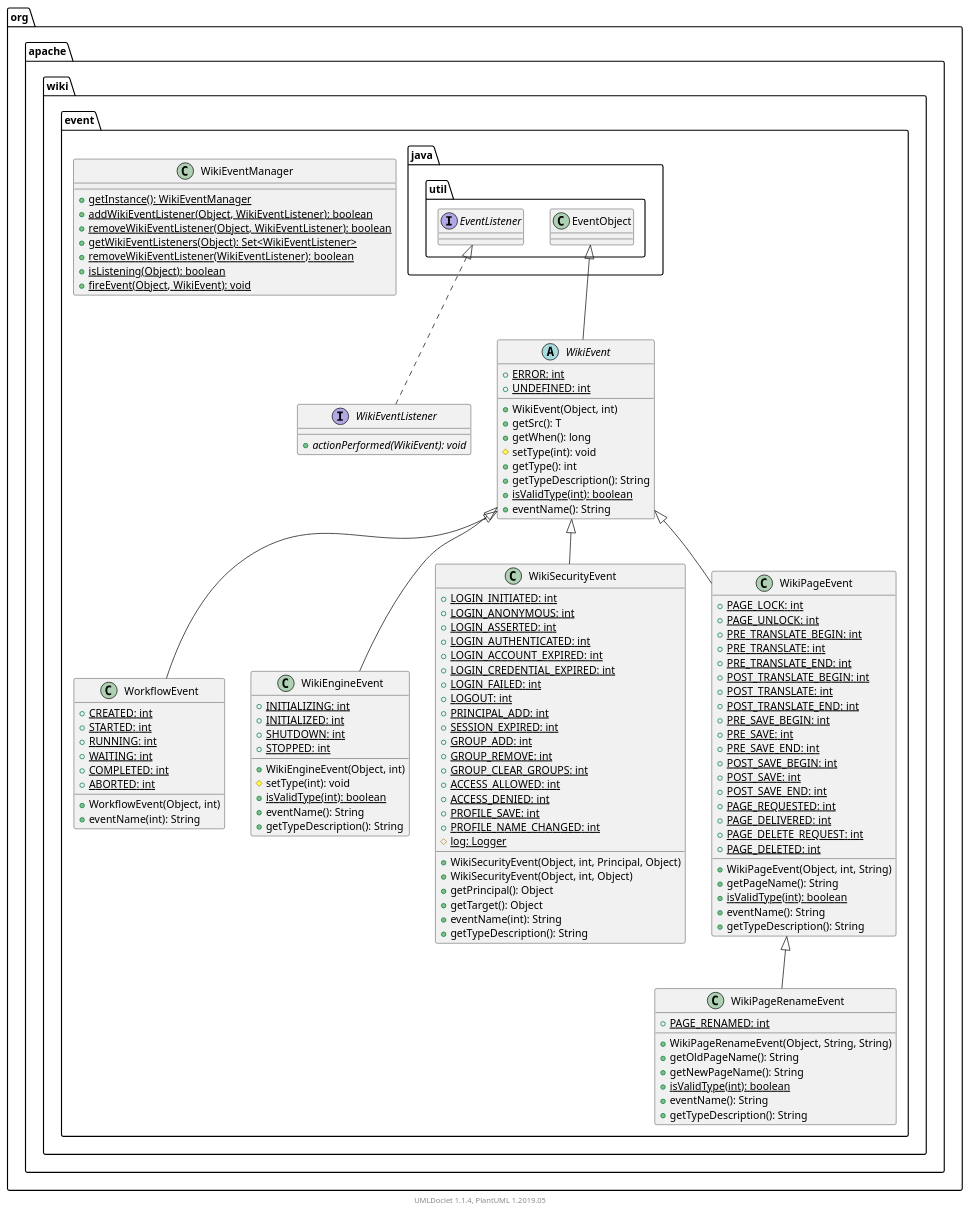
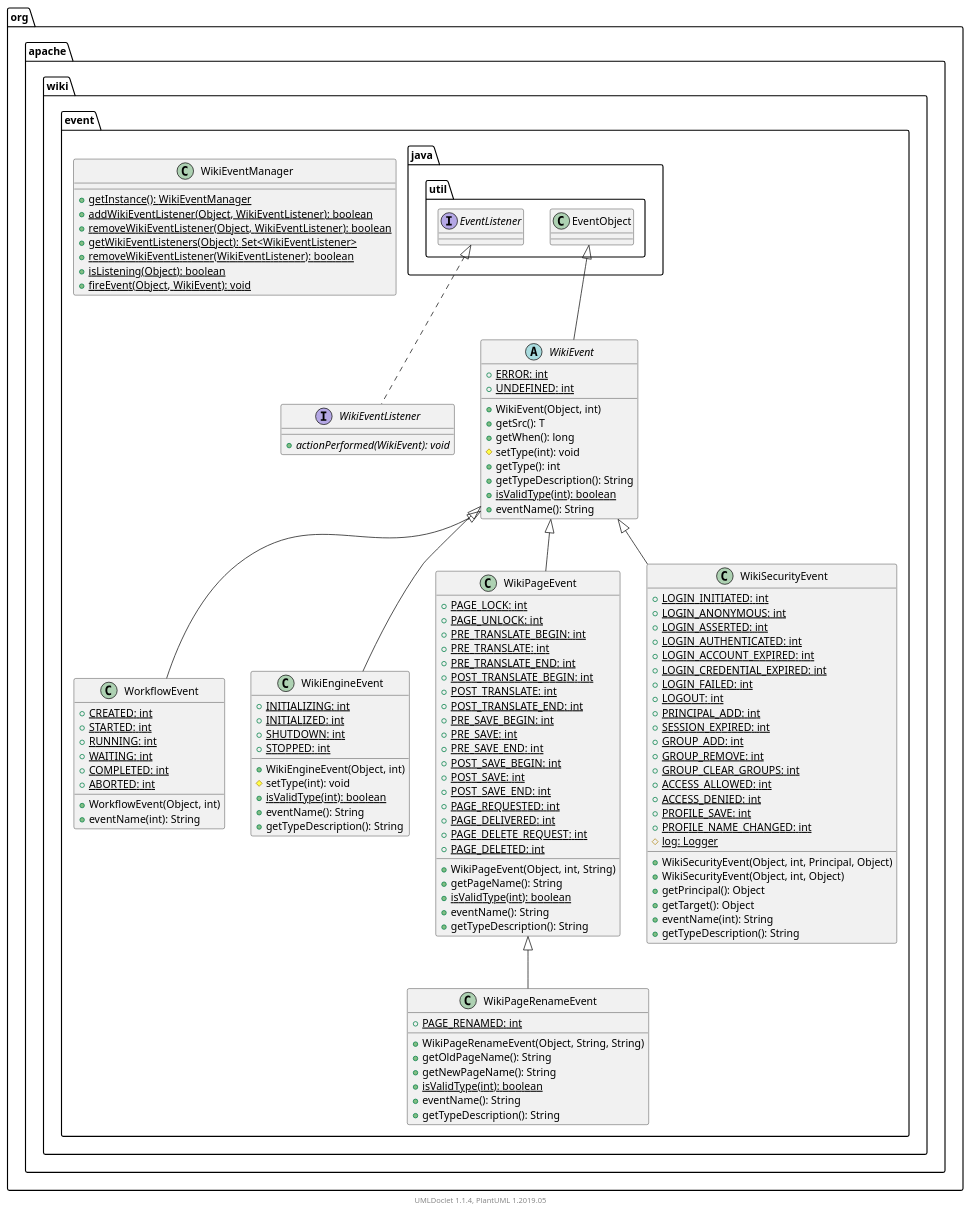
One commit to apache/jspwiki-site changed the diagram in apidocs/2.11.0.M7-SNAPSHOT/org/apache/wiki/event/package.puml. Above: the diagram before and after it, drawn with PlantUML. The commit also changed other lines of this file and 1733 other files, not shown here.

```diff
--- a/apidocs/2.11.0.M7-SNAPSHOT/org/apache/wiki/event/package.puml
+++ b/apidocs/2.11.0.M7-SNAPSHOT/org/apache/wiki/event/package.puml
@@ -1,138 +1,138 @@
 @startuml
 
     namespace org.apache.wiki.event {
 
-        class WikiEventManager [[WikiEventManager.html]] {
-            {static} +getInstance(): WikiEventManager
-            {static} +addWikiEventListener(Object, WikiEventListener): boolean
-            {static} +removeWikiEventListener(Object, WikiEventListener): boolean
-            {static} +getWikiEventListeners(Object): Set<WikiEventListener>
-            {static} +removeWikiEventListener(WikiEventListener): boolean
-            {static} +isListening(Object): boolean
-            {static} +fireEvent(Object, WikiEvent): void
+        class WikiPageRenameEvent [[WikiPageRenameEvent.html]] {
+            {static} +PAGE_RENAMED: int
+            +WikiPageRenameEvent(Object, String, String)
+            +getOldPageName(): String
+            +getNewPageName(): String
+            {static} +isValidType(int): boolean
+            +eventName(): String
+            +getTypeDescription(): String
+        }
+
+        interface WikiEventListener [[WikiEventListener.html]] {
+            {abstract} +actionPerformed(WikiEvent): void
         }
 
         class WorkflowEvent [[WorkflowEvent.html]] {
             {static} +CREATED: int
             {static} +STARTED: int
             {static} +RUNNING: int
             {static} +WAITING: int
             {static} +COMPLETED: int
             {static} +ABORTED: int
             +WorkflowEvent(Object, int)
             +eventName(int): String
         }
 
         class WikiEngineEvent [[WikiEngineEvent.html]] {
             {static} +INITIALIZING: int
             {static} +INITIALIZED: int
             {static} +SHUTDOWN: int
             {static} +STOPPED: int
             +WikiEngineEvent(Object, int)
             #setType(int): void
             {static} +isValidType(int): boolean
             +eventName(): String
             +getTypeDescription(): String
         }
 
-        interface WikiEventListener [[WikiEventListener.html]] {
-            {abstract} +actionPerformed(WikiEvent): void
+        class WikiPageEvent [[WikiPageEvent.html]] {
+            {static} +PAGE_LOCK: int
+            {static} +PAGE_UNLOCK: int
+            {static} +PRE_TRANSLATE_BEGIN: int
+            {static} +PRE_TRANSLATE: int
+            {static} +PRE_TRANSLATE_END: int
+            {static} +POST_TRANSLATE_BEGIN: int
+            {static} +POST_TRANSLATE: int
+            {static} +POST_TRANSLATE_END: int
+            {static} +PRE_SAVE_BEGIN: int
+            {static} +PRE_SAVE: int
+            {static} +PRE_SAVE_END: int
+            {static} +POST_SAVE_BEGIN: int
+            {static} +POST_SAVE: int
+            {static} +POST_SAVE_END: int
+            {static} +PAGE_REQUESTED: int
+            {static} +PAGE_DELIVERED: int
+            {static} +PAGE_DELETE_REQUEST: int
+            {static} +PAGE_DELETED: int
+            +WikiPageEvent(Object, int, String)
+            +getPageName(): String
+            {static} +isValidType(int): boolean
+            +eventName(): String
+            +getTypeDescription(): String
         }
 
         abstract class WikiEvent [[WikiEvent.html]] {
             {static} +ERROR: int
             {static} +UNDEFINED: int
             +WikiEvent(Object, int)
             +getSrc(): T
             +getWhen(): long
             #setType(int): void
             +getType(): int
             +getTypeDescription(): String
             {static} +isValidType(int): boolean
             +eventName(): String
+        }
+
+        class WikiEventManager [[WikiEventManager.html]] {
+            {static} +getInstance(): WikiEventManager
+            {static} +addWikiEventListener(Object, WikiEventListener): boolean
+            {static} +removeWikiEventListener(Object, WikiEventListener): boolean
+            {static} +getWikiEventListeners(Object): Set<WikiEventListener>
+            {static} +removeWikiEventListener(WikiEventListener): boolean
+            {static} +isListening(Object): boolean
+            {static} +fireEvent(Object, WikiEvent): void
         }
 
         class WikiSecurityEvent [[WikiSecurityEvent.html]] {
             {static} +LOGIN_INITIATED: int
             {static} +LOGIN_ANONYMOUS: int
             {static} +LOGIN_ASSERTED: int
             {static} +LOGIN_AUTHENTICATED: int
             {static} +LOGIN_ACCOUNT_EXPIRED: int
             {static} +LOGIN_CREDENTIAL_EXPIRED: int
             {static} +LOGIN_FAILED: int
             {static} +LOGOUT: int
             {static} +PRINCIPAL_ADD: int
             {static} +SESSION_EXPIRED: int
             {static} +GROUP_ADD: int
             {static} +GROUP_REMOVE: int
             {static} +GROUP_CLEAR_GROUPS: int
             {static} +ACCESS_ALLOWED: int
             {static} +ACCESS_DENIED: int
             {static} +PROFILE_SAVE: int
             {static} +PROFILE_NAME_CHANGED: int
             {static} #log: Logger
             +WikiSecurityEvent(Object, int, Principal, Object)
             +WikiSecurityEvent(Object, int, Object)
             +getPrincipal(): Object
             +getTarget(): Object
             +eventName(int): String
             +getTypeDescription(): String
         }
 
-        class WikiPageEvent [[WikiPageEvent.html]] {
-            {static} +PAGE_LOCK: int
-            {static} +PAGE_UNLOCK: int
-            {static} +PRE_TRANSLATE_BEGIN: int
-            {static} +PRE_TRANSLATE: int
-            {static} +PRE_TRANSLATE_END: int
-            {static} +POST_TRANSLATE_BEGIN: int
-            {static} +POST_TRANSLATE: int
-            {static} +POST_TRANSLATE_END: int
-            {static} +PRE_SAVE_BEGIN: int
-            {static} +PRE_SAVE: int
-            {static} +PRE_SAVE_END: int
-            {static} +POST_SAVE_BEGIN: int
-            {static} +POST_SAVE: int
-            {static} +POST_SAVE_END: int
-            {static} +PAGE_REQUESTED: int
-            {static} +PAGE_DELIVERED: int
-            {static} +PAGE_DELETE_REQUEST: int
-            {static} +PAGE_DELETED: int
-            +WikiPageEvent(Object, int, String)
-            +getPageName(): String
-            {static} +isValidType(int): boolean
-            +eventName(): String
-            +getTypeDescription(): String
-        }
+        WikiPageEvent <|-- WikiPageRenameEvent
 
-        class WikiPageRenameEvent [[WikiPageRenameEvent.html]] {
-            {static} +PAGE_RENAMED: int
-            +WikiPageRenameEvent(Object, String, String)
-            +getOldPageName(): String
-            +getNewPageName(): String
-            {static} +isValidType(int): boolean
-            +eventName(): String
-            +getTypeDescription(): String
-        }
+        interface java.util.EventListener
+        java.util.EventListener <|.. WikiEventListener
 
         WikiEvent <|-- WorkflowEvent
 
         WikiEvent <|-- WikiEngineEvent
 
-        interface java.util.EventListener
-        java.util.EventListener <|.. WikiEventListener
+        WikiEvent <|-- WikiPageEvent
 
         class java.util.EventObject
         java.util.EventObject <|-- WikiEvent
 
         WikiEvent <|-- WikiSecurityEvent
 
-        WikiEvent <|-- WikiPageEvent
-
-        WikiPageEvent <|-- WikiPageRenameEvent
-
     }
 
 
     center footer UMLDoclet 1.1.4, PlantUML 1.2019.05
 @enduml
```
